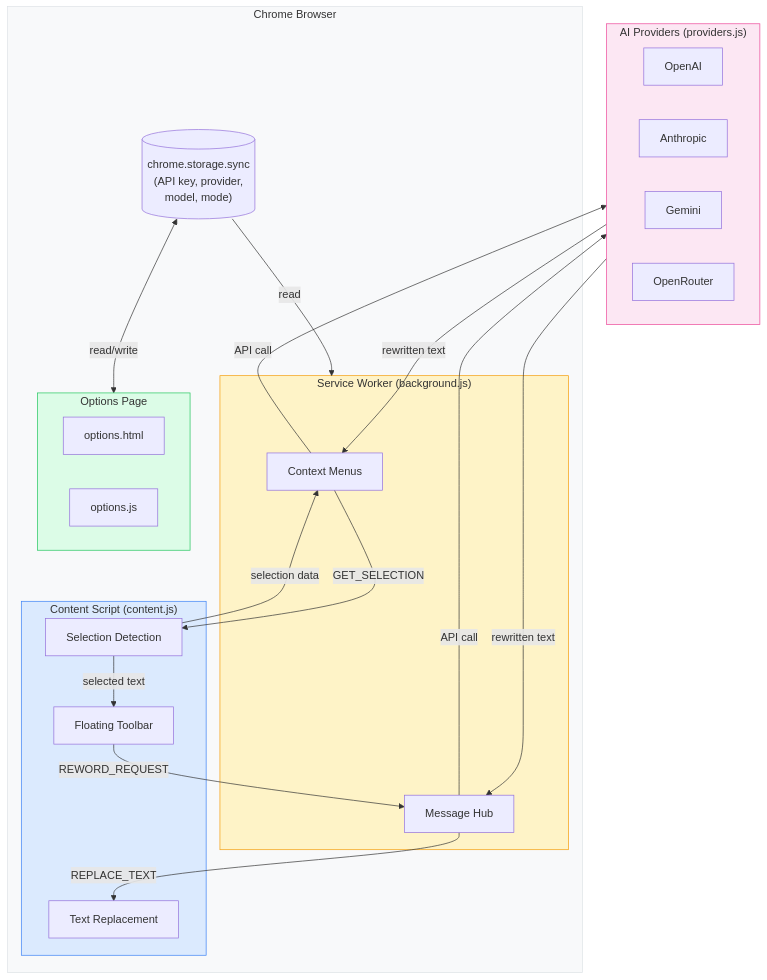
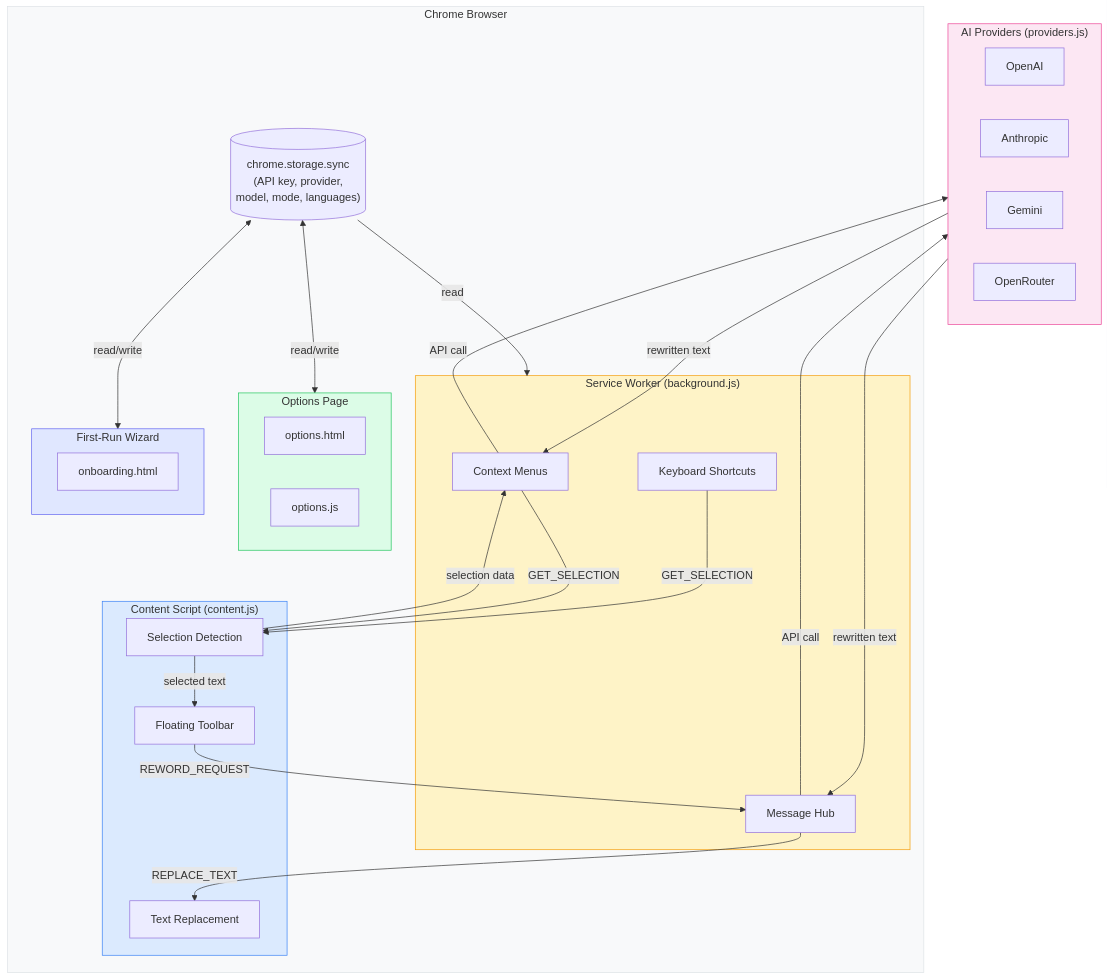
The diagram in README.md (altitudeinfosys/reword-extension), drawn with Mermaid before and after one commit. The commit also changed other lines of this file, not shown here.

````diff
--- a/README.md
+++ b/README.md
@@ -25,47 +52,55 @@
 ```mermaid
 flowchart TB
     subgraph Browser["Chrome Browser"]
         subgraph CS["Content Script (content.js)"]
             SD["Selection Detection"]
             FT["Floating Toolbar"]
             TR["Text Replacement"]
         end
 
         subgraph SW["Service Worker (background.js)"]
             CM["Context Menus"]
             MH["Message Hub"]
+            KB["Keyboard Shortcuts"]
         end
 
         subgraph Settings["Options Page"]
             OH["options.html"]
             OJ["options.js"]
         end
 
-        ST[("chrome.storage.sync\n(API key, provider,\nmodel, mode)")]
+        subgraph Onboarding["First-Run Wizard"]
+            OB["onboarding.html"]
+        end
+
+        ST[("chrome.storage.sync\n(API key, provider,\nmodel, mode, languages)")]
     end
 
     subgraph Providers["AI Providers (providers.js)"]
         OA["OpenAI"]
         AN["Anthropic"]
         GE["Gemini"]
         OR["OpenRouter"]
     end
 
     SD -->|"selected text"| FT
     FT -->|"REWORD_REQUEST"| MH
+    KB -->|"GET_SELECTION"| SD
     CM -->|"GET_SELECTION"| SD
     SD -->|"selection data"| CM
     MH -->|"REPLACE_TEXT"| TR
     MH -->|"API call"| Providers
     CM -->|"API call"| Providers
     Providers -->|"rewritten text"| MH
     Providers -->|"rewritten text"| CM
     ST <-->|"read/write"| Settings
+    ST <-->|"read/write"| Onboarding
     ST -->|"read"| SW
 
     style Browser fill:#f8f9fa,stroke:#dee2e6
     style CS fill:#dbeafe,stroke:#3b82f6
     style SW fill:#fef3c7,stroke:#f59e0b
     style Settings fill:#dcfce7,stroke:#22c55e
+    style Onboarding fill:#e0e7ff,stroke:#6366f1
     style Providers fill:#fce7f3,stroke:#ec4899
 ```
````
